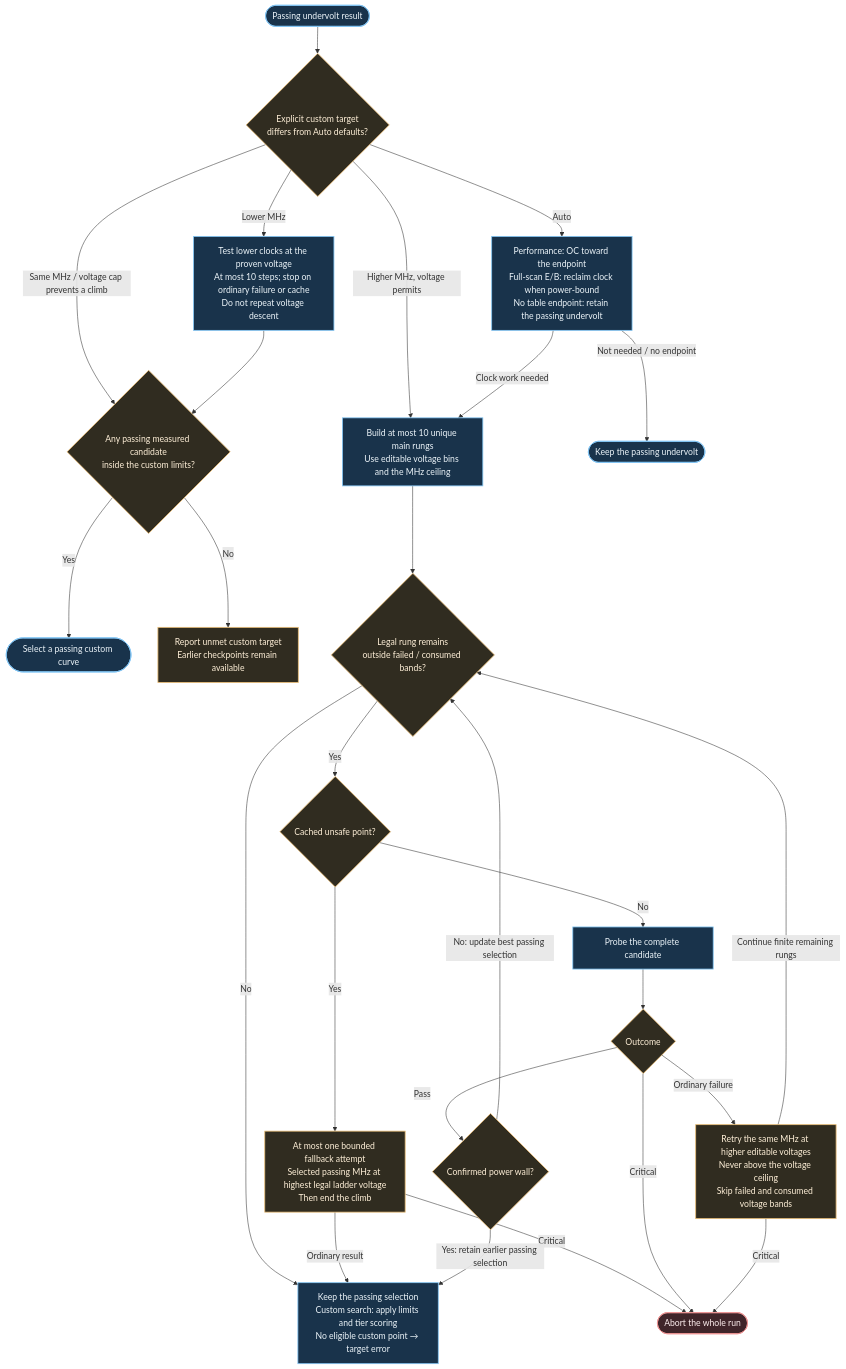
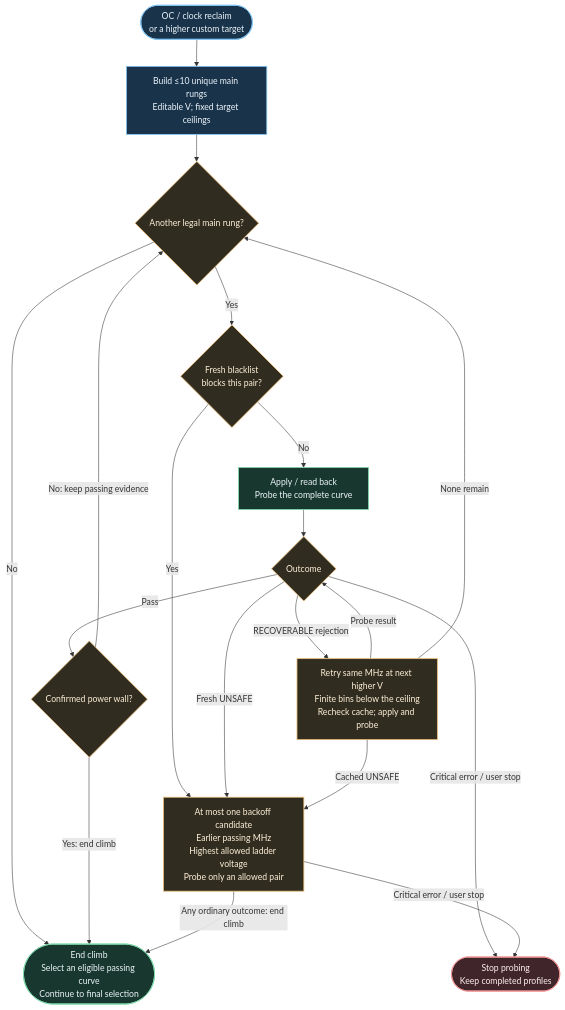
The diagram in docs/pages/auto-uv-cookbook/diagrams/clock.mmd (jpietek/PenguinBurner), drawn with Mermaid before and after one commit. The commit also changed 19 other files, not shown here.

```diff
--- a/docs/pages/auto-uv-cookbook/diagrams/clock.mmd
+++ b/docs/pages/auto-uv-cookbook/diagrams/clock.mmd
@@ -1,34 +1,30 @@
 flowchart TB
-  accTitle: Custom clock targets, automatic overclocking and bounded backoff
-  accDescr: Lower custom targets use no second voltage sweep. Upward searches use finite rungs and higher-voltage retries within the endpoint.
-  INPUT([Passing undervolt result]) --> CUSTOM{"Explicit custom target<br/>differs from Auto defaults?"}
-  CUSTOM -->|Lower MHz| DOWN["Test lower clocks at the proven voltage<br/>At most 10 steps; stop on ordinary failure or cache<br/>Do not repeat voltage descent"]
-  CUSTOM -->|Same MHz / voltage cap prevents a climb| ELIGIBLE
-  DOWN --> ELIGIBLE{"Any passing measured candidate<br/>inside the custom limits?"}
-  ELIGIBLE -->|Yes| CUSTOMDONE([Select a passing custom curve])
-  ELIGIBLE -->|No| ERROR["Report unmet custom target<br/>Earlier checkpoints remain available"]
-  CUSTOM -->|Higher MHz, voltage permits| LADDER
-  CUSTOM -->|Auto| POLICY["Performance: OC toward the endpoint<br/>Full-scan E/B: reclaim clock when power-bound<br/>No table endpoint: retain the passing undervolt"]
-  POLICY -->|Clock work needed| LADDER["Build at most 10 unique main rungs<br/>Use editable voltage bins and the MHz ceiling"]
-  POLICY -->|Not needed / no endpoint| AUTODONE([Keep the passing undervolt])
-  LADDER --> NEXT{"Legal rung remains<br/>outside failed / consumed bands?"}
-  NEXT -->|No| KEEP["Keep the passing selection<br/>Custom search: apply limits and tier scoring<br/>No eligible custom point → target error"]
-  NEXT -->|Yes| BLOCK{"Cached unsafe point?"}
-  BLOCK -->|Yes| BACKOFF["At most one bounded fallback attempt<br/>Selected passing MHz at highest legal ladder voltage<br/>Then end the climb"]
-  BACKOFF -->|Ordinary result| KEEP
-  BACKOFF -->|Critical| ABORT
-  BLOCK -->|No| PROBE["Probe the complete candidate"]
+  accTitle: Upward clock search and a single backoff after instability
+  accDescr: AutoOC uses finite rungs and higher-voltage retries. Any fresh or cached unsafe point allows at most one lower-clock ceiling backoff, then ends the climb.
+  INPUT([OC / clock reclaim<br/>or a higher custom target]) --> LADDER["Build ≤10 unique main rungs<br/>Editable V; fixed target ceilings"]
+  LADDER --> NEXT{"Another legal main rung?"}
+  NEXT -->|No| PICK
+  NEXT -->|Yes| CACHE{"Fresh blacklist<br/>blocks this pair?"}
+  CACHE -->|Yes| BACKOFF
+  CACHE -->|No| PROBE["Apply / read back<br/>Probe the complete curve"]
   PROBE --> OUTCOME{"Outcome"}
-  OUTCOME -->|Critical| ABORT([Abort the whole run])
-  OUTCOME -->|Pass| POWER{"Confirmed power wall?"}
-  POWER -->|Yes: retain earlier passing selection| KEEP
-  POWER -->|No: update best passing selection| NEXT
-  OUTCOME -->|Ordinary failure| RETRY["Retry the same MHz at higher editable voltages<br/>Never above the voltage ceiling<br/>Skip failed and consumed voltage bands"]
-  RETRY -->|Continue finite remaining rungs| NEXT
-  RETRY -->|Critical| ABORT
-  classDef work fill:#19334b,stroke:#84c7f5,color:#edf5fa,stroke-width:1.5px
+  OUTCOME -->|Pass| WALL{"Confirmed power wall?"}
+  WALL -->|No: keep passing evidence| NEXT
+  WALL -->|Yes: end climb| PICK
+  OUTCOME -->|Fresh UNSAFE| BACKOFF["At most one backoff candidate<br/>Earlier passing MHz<br/>Highest allowed ladder voltage<br/>Probe only an allowed pair"]
+  BACKOFF -->|Any ordinary outcome: end climb| PICK
+  OUTCOME -->|RECOVERABLE rejection| RETRY["Retry same MHz at next higher V<br/>Finite bins below the ceiling<br/>Recheck cache; apply and probe"]
+  RETRY -->|Probe result| OUTCOME
+  RETRY -->|Cached UNSAFE| BACKOFF
+  RETRY -->|None remain| NEXT
+  OUTCOME -->|Critical error / user stop| HALT([Stop probing<br/>Keep completed profiles])
+  BACKOFF -->|Critical error / user stop| HALT
+  PICK([End climb<br/>Select an eligible passing curve<br/>Continue to final selection])
+  classDef setup fill:#19334b,stroke:#84c7f5,color:#edf5fa,stroke-width:1.5px
+  classDef work fill:#18382f,stroke:#80d9ac,color:#edf5fa,stroke-width:1.5px
   classDef gate fill:#302c20,stroke:#e9bd76,color:#fff0d8,stroke-width:1.5px
   classDef stop fill:#40252a,stroke:#ef9595,color:#fff0f0,stroke-width:1.5px
-  class INPUT,DOWN,POLICY,LADDER,PROBE,KEEP,CUSTOMDONE,AUTODONE work
-  class CUSTOM,ELIGIBLE,NEXT,BLOCK,BACKOFF,OUTCOME,POWER,RETRY,ERROR gate
-  class ABORT stop
+  class INPUT,LADDER setup
+  class PROBE,PICK work
+  class NEXT,CACHE,OUTCOME,WALL,BACKOFF,RETRY gate
+  class HALT stop
```
